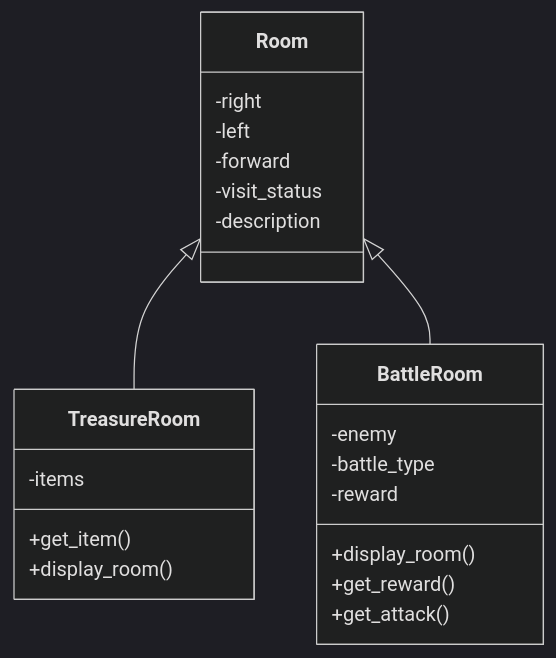
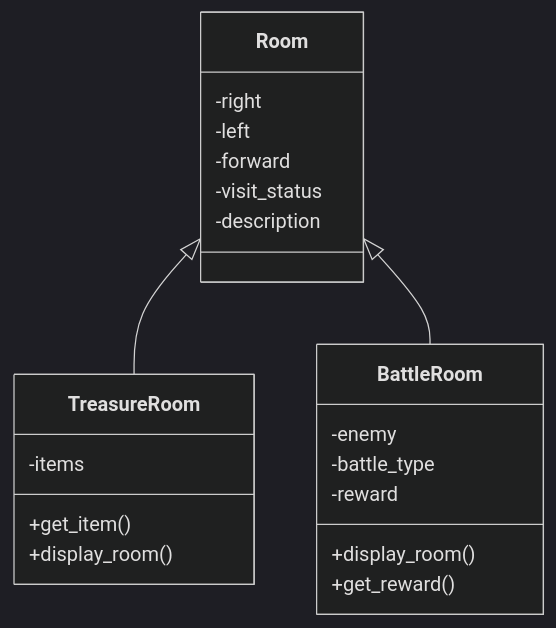
The first of 4 diagrams in README.md (edward-yee-ny/j1-summary-project-private-), drawn with Mermaid (dark theme) before and after one commit.

````diff
--- a/README.md
+++ b/README.md
@@ -59,20 +59,19 @@
 ```mermaid
 classDiagram
     Room <|-- TreasureRoom
     Room <|-- BattleRoom
     Room : -right
     Room : -left
     Room : -forward
     Room : -visit_status
     Room : -description
     TreasureRoom : -items
     TreasureRoom : +get_item()
     TreasureRoom : +display_room()
     BattleRoom : -enemy
     BattleRoom : -battle_type
     BattleRoom : -reward
     BattleRoom : +display_room()
     BattleRoom : +get_reward()
-    BattleRoom : +get_attack()
     
 ```
````
